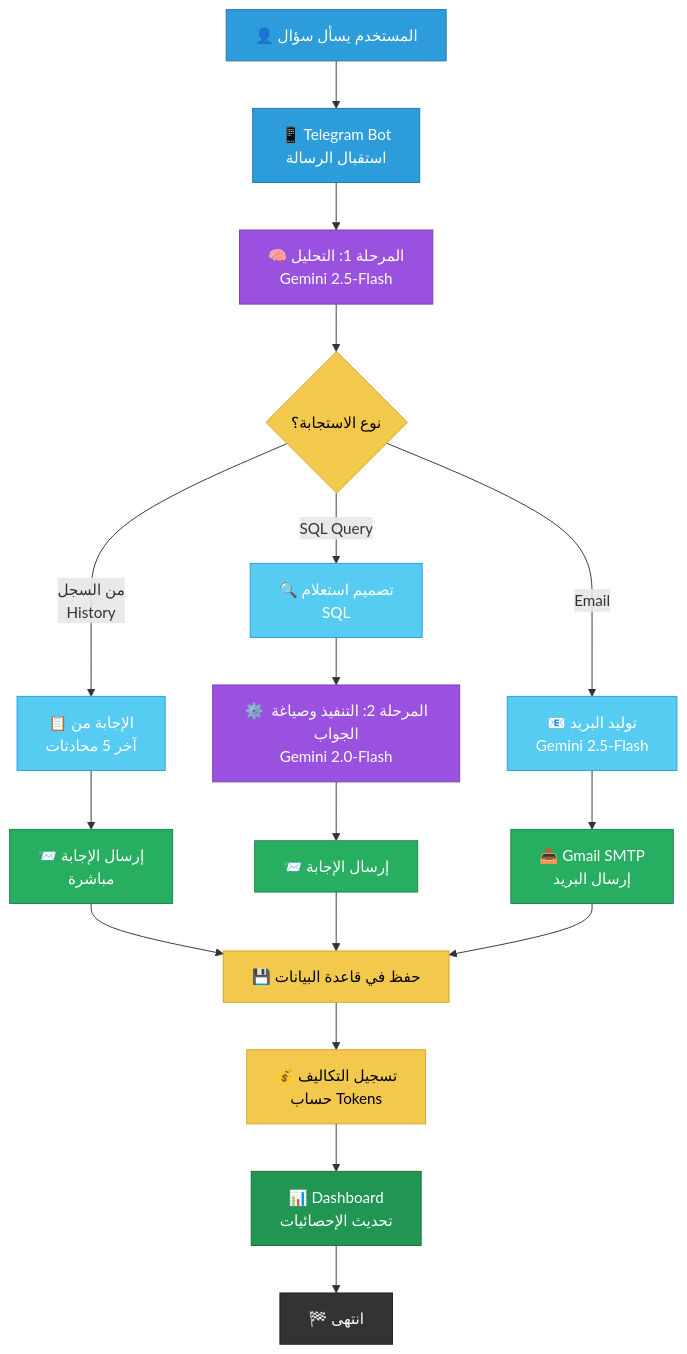
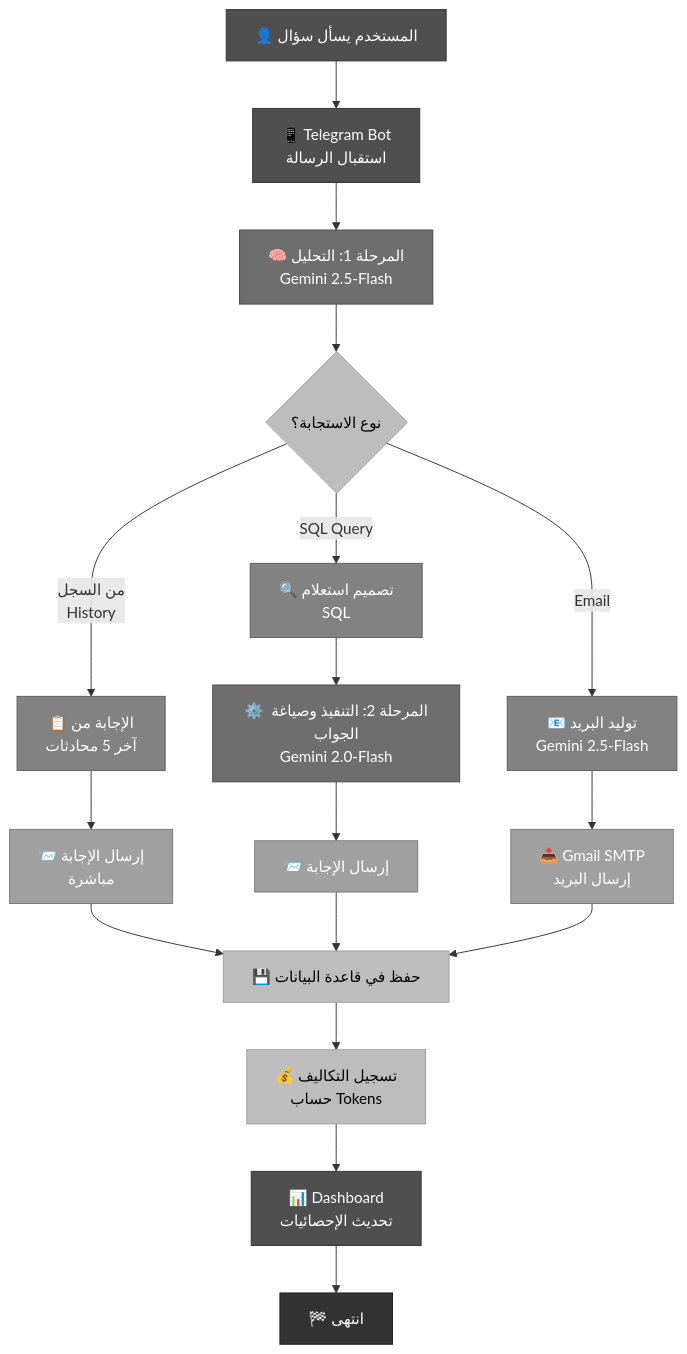
The first of 2 diagrams in README.md (Bek0/AI-Telegram-Bot), drawn with Mermaid before and after one commit.

Commit message:
Change color theme to grey in README

````diff
--- a/README.md
+++ b/README.md
@@ -8,52 +8,52 @@
 ```mermaid
 graph TD
     Start["👤 المستخدم يسأل سؤال"] --> Input["📱 Telegram Bot<br/>استقبال الرسالة"]
     Input --> Stage1["🧠 المرحلة 1: التحليل<br/>Gemini 2.5-Flash"]
     
     Stage1 --> Decide{نوع الاستجابة؟}
     
     %% Path 1
     Decide -->|من السجل<br/>History| DirectPath["📋 الإجابة من<br/>آخر 5 محادثات"]
     DirectPath --> SendDirect["📨 إرسال الإجابة<br/>مباشرة"]
     
     %% Path 2
     Decide -->|SQL Query| SQLPath["🔍 تصميم استعلام<br/>SQL"]
     SQLPath --> Stage2["⚙️ المرحلة 2: التنفيذ وصياغة الجواب<br/>Gemini 2.0-Flash"]
     Stage2 --> SendSQL["📨 إرسال الإجابة"]
     
     %% Path 3
     Decide -->|Email| EmailPath["📧 توليد البريد<br/>Gemini 2.5-Flash"]
     EmailPath --> SendEmail["📤 Gmail SMTP<br/>إرسال البريد"]
     
     %% Logging
     SendDirect --> SaveConv["💾 حفظ في قاعدة البيانات"]
     SendSQL --> SaveConv
     SendEmail --> SaveConv
     
     SaveConv --> LogCosts["💰 تسجيل التكاليف<br/>حساب Tokens"]
     LogCosts --> Dashboard["📊 Dashboard<br/>تحديث الإحصائيات"]
     Dashboard --> End["🏁 انتهى"]
     
-    %% Colors (Improved Palette)
-    style Start fill:#2D9CDB,stroke:#2379A8,color:#fff
-    style Input fill:#2D9CDB,stroke:#2379A8,color:#fff
+    %% GREY THEME
+    style Start fill:#4F4F4F,stroke:#333,color:#fff
+    style Input fill:#4F4F4F,stroke:#333,color:#fff
 
-    style Stage1 fill:#9B51E0,stroke:#7B3BB5,color:#fff
-    style Stage2 fill:#9B51E0,stroke:#7B3BB5,color:#fff
+    style Stage1 fill:#6E6E6E,stroke:#4A4A4A,color:#fff
+    style Stage2 fill:#6E6E6E,stroke:#4A4A4A,color:#fff
 
-    style Decide fill:#F2C94C,stroke:#D4A226,color:#000
-    style SaveConv fill:#F2C94C,stroke:#D4A226,color:#000
-    style LogCosts fill:#F2C94C,stroke:#D4A226,color:#000
+    style Decide fill:#BDBDBD,stroke:#9E9E9E,color:#000
+    style SaveConv fill:#BDBDBD,stroke:#9E9E9E,color:#000
+    style LogCosts fill:#BDBDBD,stroke:#9E9E9E,color:#000
     
-    style DirectPath fill:#56CCF2,stroke:#2D9CDB,color:#fff
-    style SQLPath fill:#56CCF2,stroke:#2D9CDB,color:#fff
-    style EmailPath fill:#56CCF2,stroke:#2D9CDB,color:#fff
+    style DirectPath fill:#828282,stroke:#5E5E5E,color:#fff
+    style SQLPath fill:#828282,stroke:#5E5E5E,color:#fff
+    style EmailPath fill:#828282,stroke:#5E5E5E,color:#fff
 
-    style SendDirect fill:#27AE60,stroke:#1E8449,color:#fff
-    style SendSQL fill:#27AE60,stroke:#1E8449,color:#fff
-    style SendEmail fill:#27AE60,stroke:#1E8449,color:#fff
+    style SendDirect fill:#A0A0A0,stroke:#7A7A7A,color:#fff
+    style SendSQL fill:#A0A0A0,stroke:#7A7A7A,color:#fff
+    style SendEmail fill:#A0A0A0,stroke:#7A7A7A,color:#fff
     
-    style Dashboard fill:#219653,stroke:#176B3A,color:#fff
+    style Dashboard fill:#4F4F4F,stroke:#333,color:#fff
     style End fill:#333333,stroke:#1F1F1F,color:#fff
 
 ```
````
